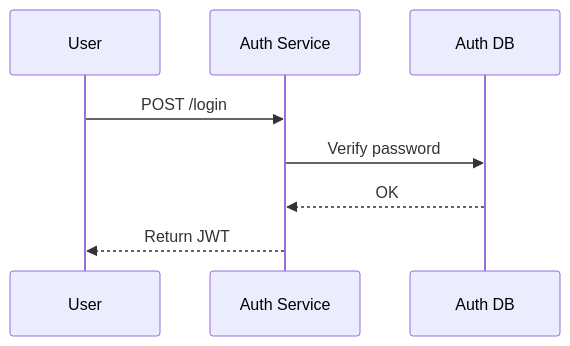
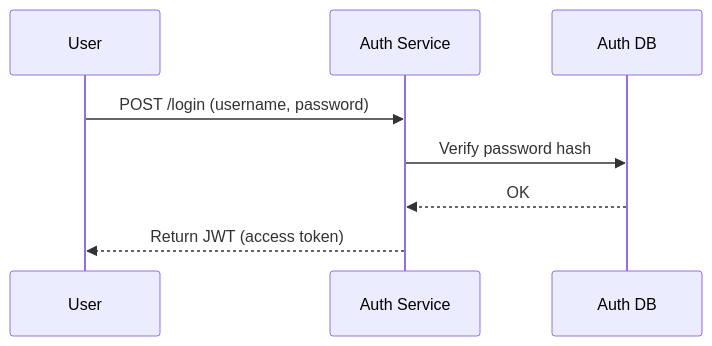
The second of 5 diagrams in docks/diagrams/flows.md (Syrix42/Commenting), drawn with Mermaid before and after one commit. The commit also changed other lines of this file, not shown here.

````diff
--- a/docks/diagrams/flows.md
+++ b/docks/diagrams/flows.md
@@ -18,11 +24,11 @@
-  ```mermaid
-  sequenceDiagram
-  participant U as User
-  participant A as Auth Service
-  participant DB as Auth DB
+```mermaid
+sequenceDiagram
+    participant U as User
+    participant A as Auth Service
+    participant DB as Auth DB
 
-  U->>A: POST /login
-  A->>DB: Verify password
-  DB-->>A: OK
-  A-->>U: Return JWT
-  ```
+    U->>A: POST /login (username, password)
+    A->>DB: Verify password hash
+    DB-->>A: OK
+    A-->>U: Return JWT (access token)
+```
````
